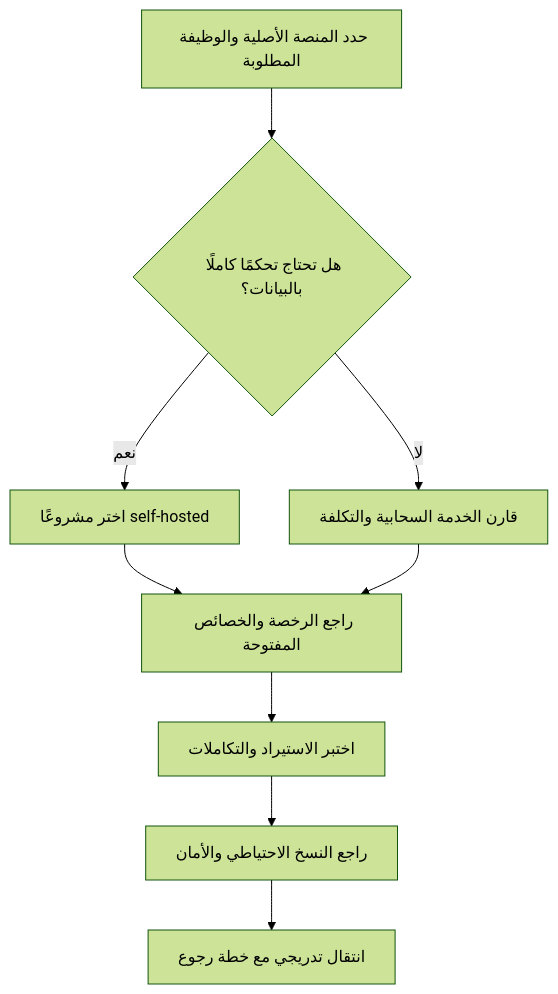
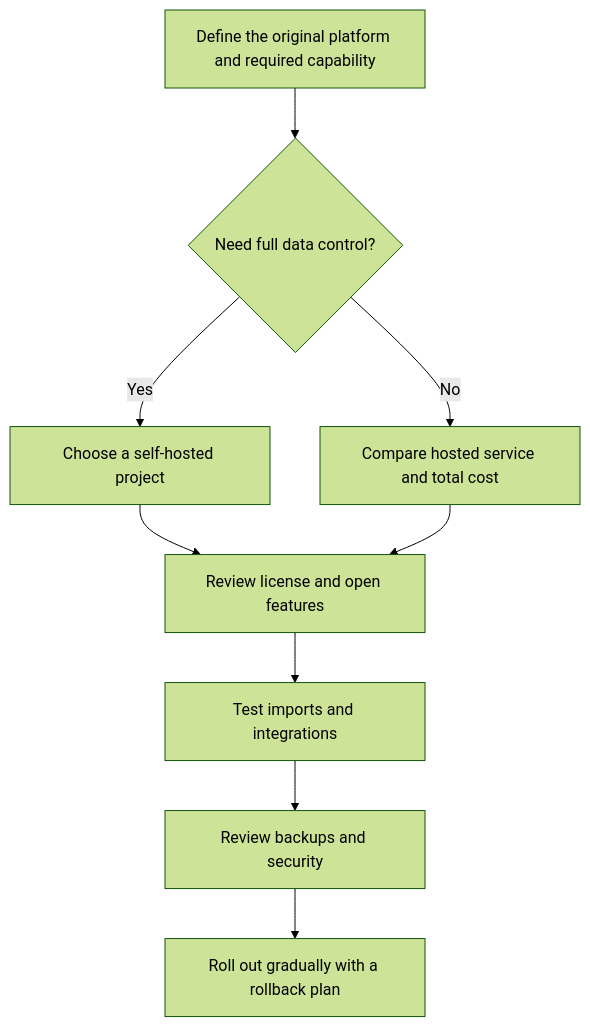
The diagram in open-source/README.md (ahmedmokireldinonline/Startup-Academy-2026-2027), drawn with Mermaid (forest theme) before and after one commit. The commit also changed other lines of this file and 2 other files, not shown here.

Commit message:
Add English and Arabic open source directories

````diff
--- a/open-source/README.md
+++ b/open-source/README.md
@@ -66,11 +66,11 @@
 ```mermaid
 flowchart TD
-  A[حدد المنصة الأصلية والوظيفة المطلوبة] --> B{هل تحتاج تحكمًا كاملًا بالبيانات؟}
-  B -->|نعم| C[اختر مشروعًا self-hosted]
-  B -->|لا| D[قارن الخدمة السحابية والتكلفة]
-  C --> E[راجع الرخصة والخصائص المفتوحة]
+  A[Define the original platform and required capability] --> B{Need full data control?}
+  B -->|Yes| C[Choose a self-hosted project]
+  B -->|No| D[Compare hosted service and total cost]
+  C --> E[Review license and open features]
   D --> E
-  E --> F[اختبر الاستيراد والتكاملات]
-  F --> G[راجع النسخ الاحتياطي والأمان]
-  G --> H[انتقال تدريجي مع خطة رجوع]
+  E --> F[Test imports and integrations]
+  F --> G[Review backups and security]
+  G --> H[Roll out gradually with a rollback plan]
 ```
````
